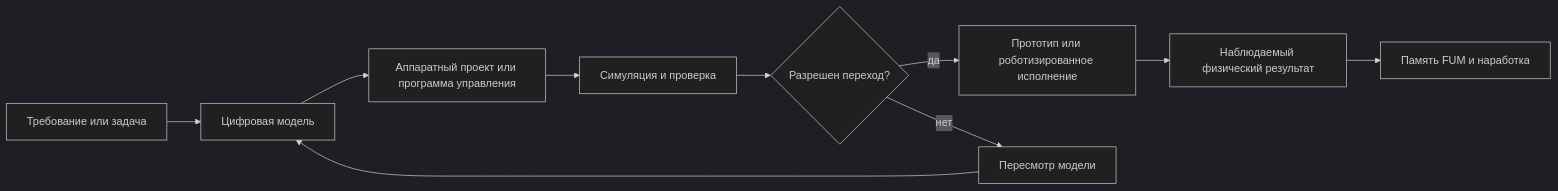
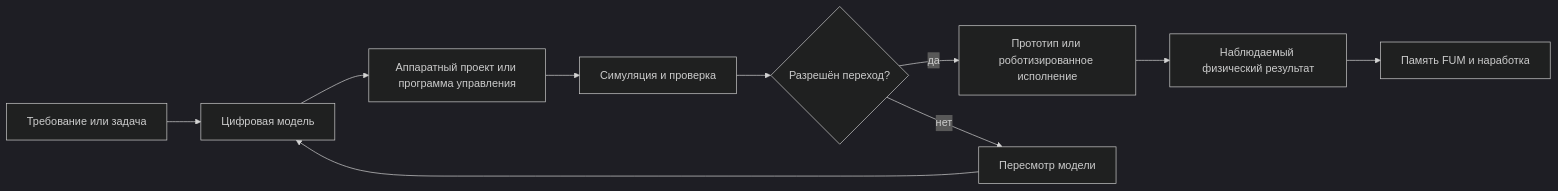
One commit to fum-lab/fum changed the diagram in Документация/13-физическое-действие-и-аппаратные-узлы.md. Above: the diagram before and after it, drawn with Mermaid (dark theme). The commit also changed other lines of this file and 187 other files, not shown here.

````diff
--- a/Документация/13-физическое-действие-и-аппаратные-узлы.md
+++ b/Документация/13-физическое-действие-и-аппаратные-узлы.md
@@ -60,12 +60,12 @@
 ```mermaid
 flowchart LR
     requirement["Требование или задача"] --> model["Цифровая модель"]
     model --> design["Аппаратный проект или программа управления"]
     design --> simulation["Симуляция и проверка"]
-    simulation --> gate{"Разрешен переход?"}
+    simulation --> gate{"Разрешён переход?"}
     gate -->|да| prototype["Прототип или роботизированное исполнение"]
     gate -->|нет| revise["Пересмотр модели"]
     revise --> model
     prototype --> observation["Наблюдаемый физический результат"]
     observation --> memory["Память FUM и наработка"]
 ```
````
